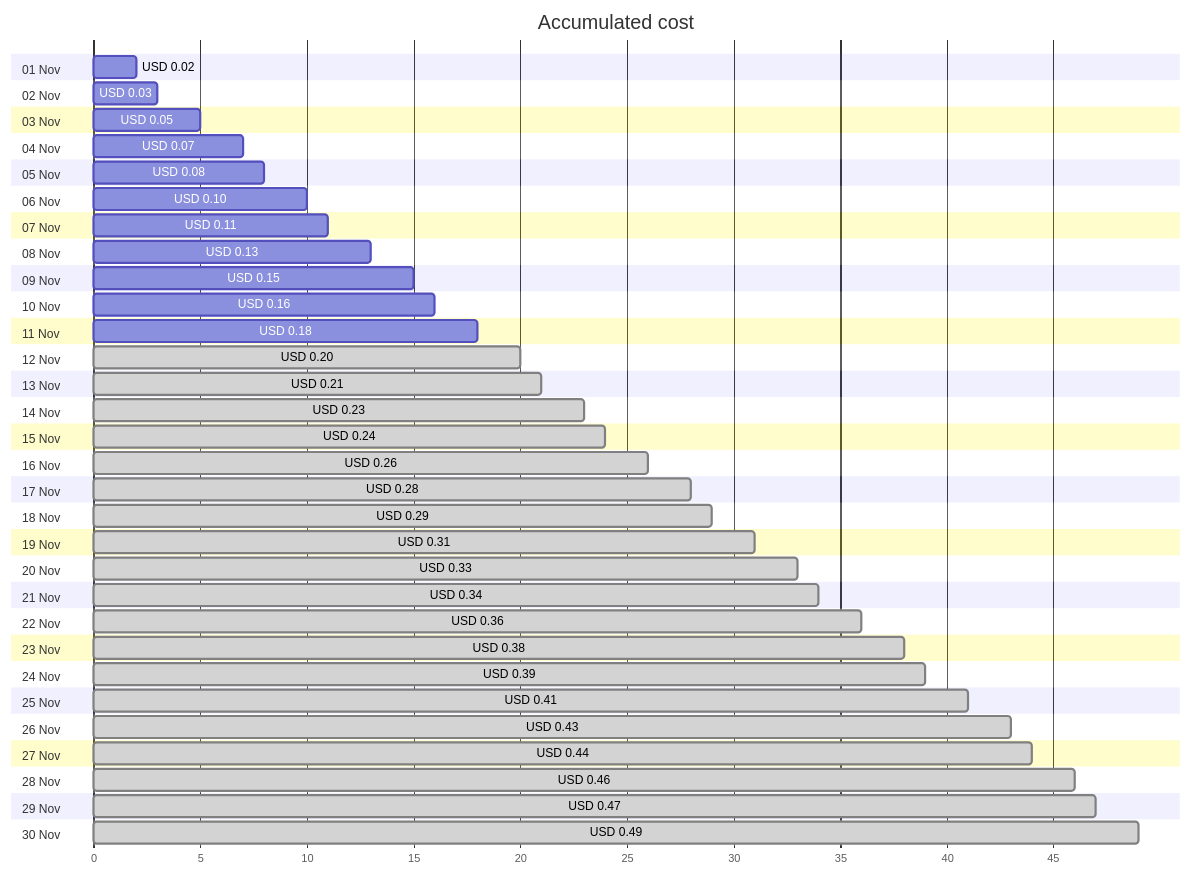
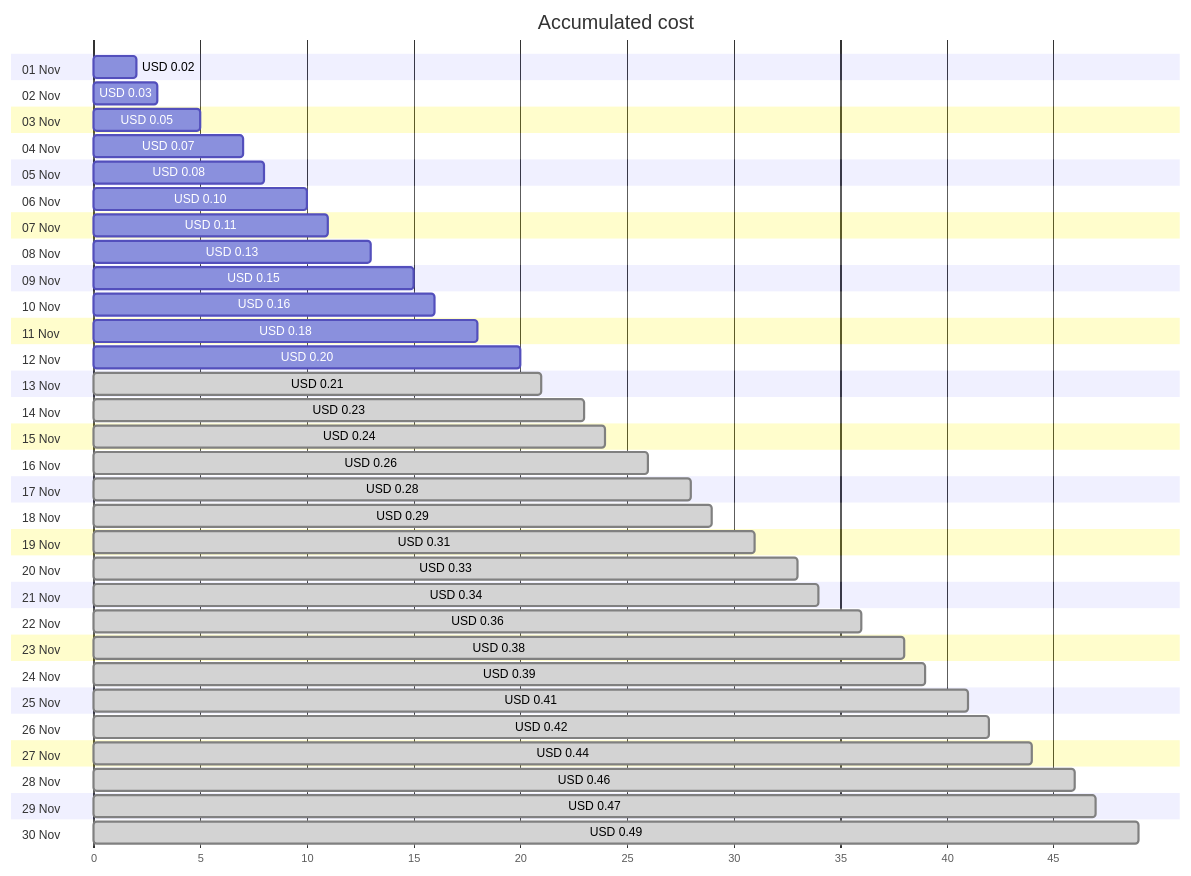
The first of 4 diagrams in cost-reports/personal-dns/jpatrickfulton.dev.md (jpfulton/azure-personal-reports), drawn with Mermaid before and after one commit. The commit also changed other lines of this file and 2 other files, not shown here.

````diff
--- a/cost-reports/personal-dns/jpatrickfulton.dev.md
+++ b/cost-reports/personal-dns/jpatrickfulton.dev.md
@@ -20,66 +20,66 @@
 ```mermaid
 gantt
    title Accumulated cost
    dateFormat  X
    axisFormat %s
    section 01 Nov
    USD 0.02 :0, 2
    section 02 Nov
    USD 0.03 :0, 3
    section 03 Nov
    USD 0.05 :0, 5
    section 04 Nov
    USD 0.07 :0, 7
    section 05 Nov
    USD 0.08 :0, 8
    section 06 Nov
    USD 0.10 :0, 10
    section 07 Nov
    USD 0.11 :0, 11
    section 08 Nov
    USD 0.13 :0, 13
    section 09 Nov
    USD 0.15 :0, 15
    section 10 Nov
    USD 0.16 :0, 16
    section 11 Nov
    USD 0.18 :0, 18
    section 12 Nov
-   USD 0.20 : done, 0, 20
+   USD 0.20 :0, 20
    section 13 Nov
    USD 0.21 : done, 0, 21
    section 14 Nov
    USD 0.23 : done, 0, 23
    section 15 Nov
    USD 0.24 : done, 0, 24
    section 16 Nov
    USD 0.26 : done, 0, 26
    section 17 Nov
    USD 0.28 : done, 0, 28
    section 18 Nov
    USD 0.29 : done, 0, 29
    section 19 Nov
    USD 0.31 : done, 0, 31
    section 20 Nov
    USD 0.33 : done, 0, 33
    section 21 Nov
    USD 0.34 : done, 0, 34
    section 22 Nov
    USD 0.36 : done, 0, 36
    section 23 Nov
    USD 0.38 : done, 0, 38
    section 24 Nov
    USD 0.39 : done, 0, 39
    section 25 Nov
    USD 0.41 : done, 0, 41
    section 26 Nov
-   USD 0.43 : done, 0, 43
+   USD 0.42 : done, 0, 42
    section 27 Nov
    USD 0.44 : done, 0, 44
    section 28 Nov
    USD 0.46 : done, 0, 46
    section 29 Nov
    USD 0.47 : done, 0, 47
    section 30 Nov
    USD 0.49 : done, 0, 49
 ```
````
